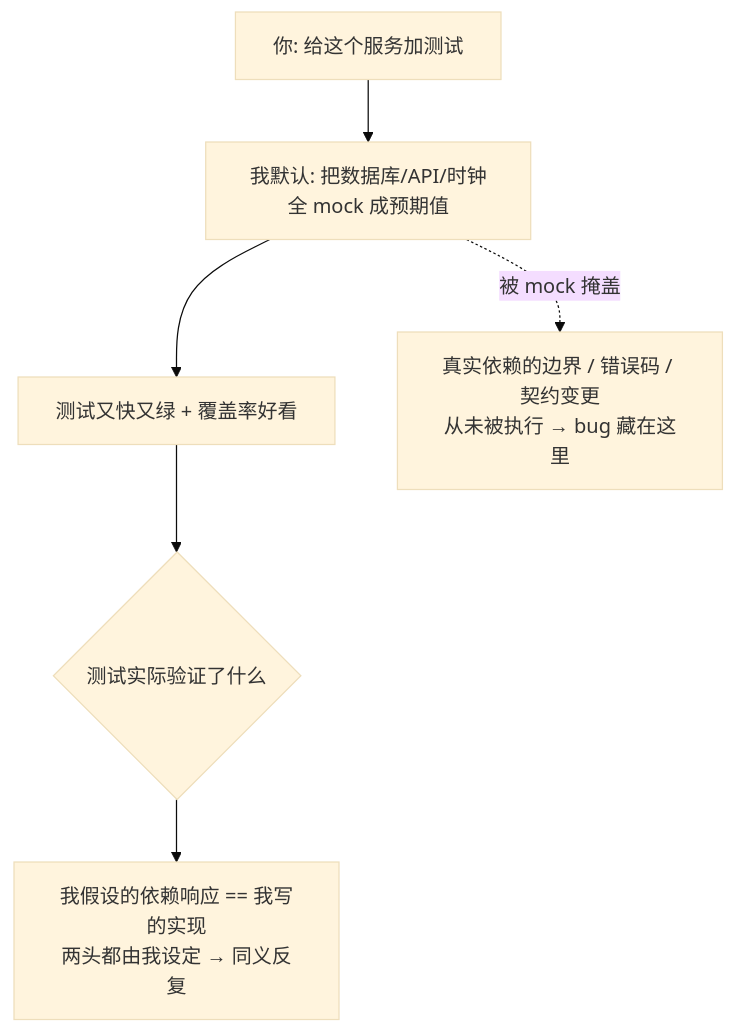
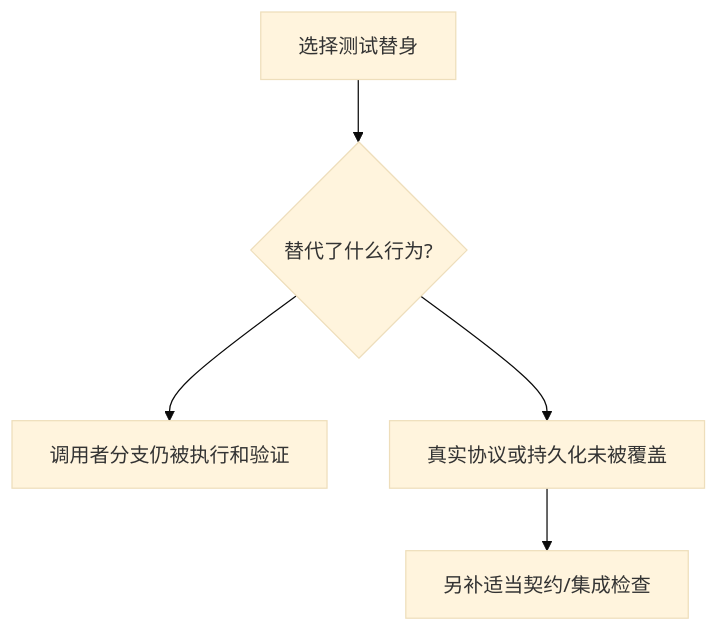
One commit to XuebinMa/AIWiki changed the diagram in docs/06-testing/over-mocking.mdx. Above: the diagram before and after it, drawn with Mermaid (base theme). The commit also changed other lines of this file and 325 other files, not shown here.

````diff
--- a/docs/06-testing/over-mocking.mdx
+++ b/docs/06-testing/over-mocking.mdx
@@ -39,9 +39,7 @@
 ```mermaid
 flowchart TD
-    A[你: 给这个服务加测试] --> B[我默认: 把数据库/API/时钟全 mock 成预期值]
-    B --> C[测试又快又绿 + 覆盖率好看]
-    C --> D{测试实际验证了什么}
-    D --> E["我假设的依赖响应 == 我写的实现<br/>两头都由我设定 → 同义反复"]
-    F["真实依赖的边界 / 错误码 / 契约变更<br/>从未被执行 → bug 藏在这里"]
-    B -.被 mock 掩盖.-> F
+    A[选择测试替身] --> B{替代了什么行为?}
+    B --> C[调用者分支仍被执行和验证]
+    B --> D[真实协议或持久化未被覆盖]
+    D --> E[另补适当契约/集成检查]
 ```
````
